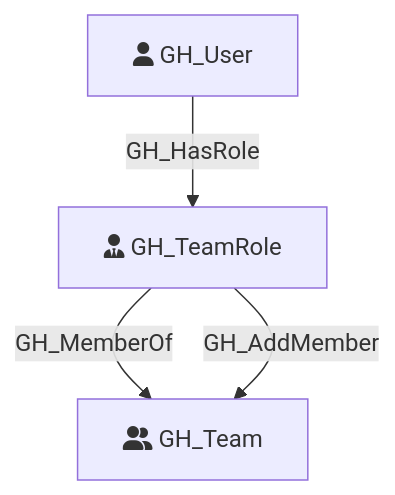
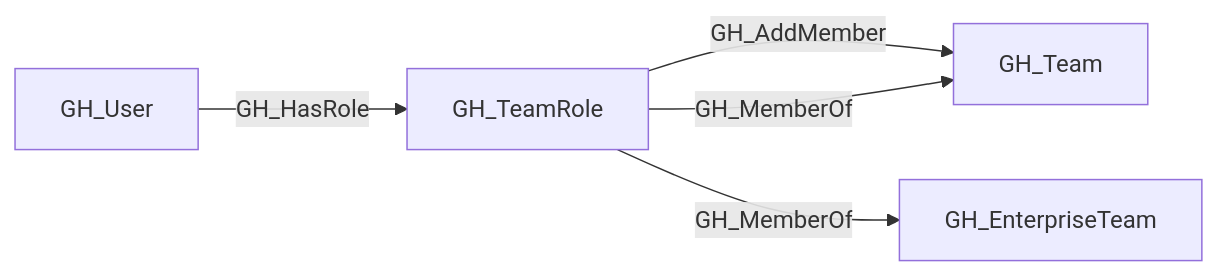
Before and after one commit to SpecterOps/bloodhound-docs: the second of 2 diagrams in docs/opengraph/extensions/github/nodes/gh_teamrole.mdx, drawn with Mermaid. The commit also changed other lines of this file and 292 other files, not shown here.

````diff
--- a/docs/opengraph/extensions/github/nodes/gh_teamrole.mdx
+++ b/docs/opengraph/extensions/github/nodes/gh_teamrole.mdx
@@ -45,11 +51,12 @@
 ```mermaid
-flowchart TD
-    GH_TeamRole[fa:fa-user-tie GH_TeamRole]
-    GH_User[fa:fa-user GH_User]
-    GH_Team[fa:fa-user-group GH_Team]
+flowchart LR
 
-
-    GH_User -->|GH_HasRole| GH_TeamRole
-    GH_TeamRole -->|GH_MemberOf| GH_Team
-    GH_TeamRole -->|GH_AddMember| GH_Team
+    GH_EnterpriseTeam["GH_EnterpriseTeam"]
+    GH_Team["GH_Team"]
+    GH_TeamRole["GH_TeamRole"]
+    GH_User["GH_User"]
+    GH_TeamRole -- GH_AddMember --> GH_Team
+    GH_TeamRole -- GH_MemberOf --> GH_EnterpriseTeam
+    GH_TeamRole -- GH_MemberOf --> GH_Team
+    GH_User -- GH_HasRole --> GH_TeamRole
 ```
````
